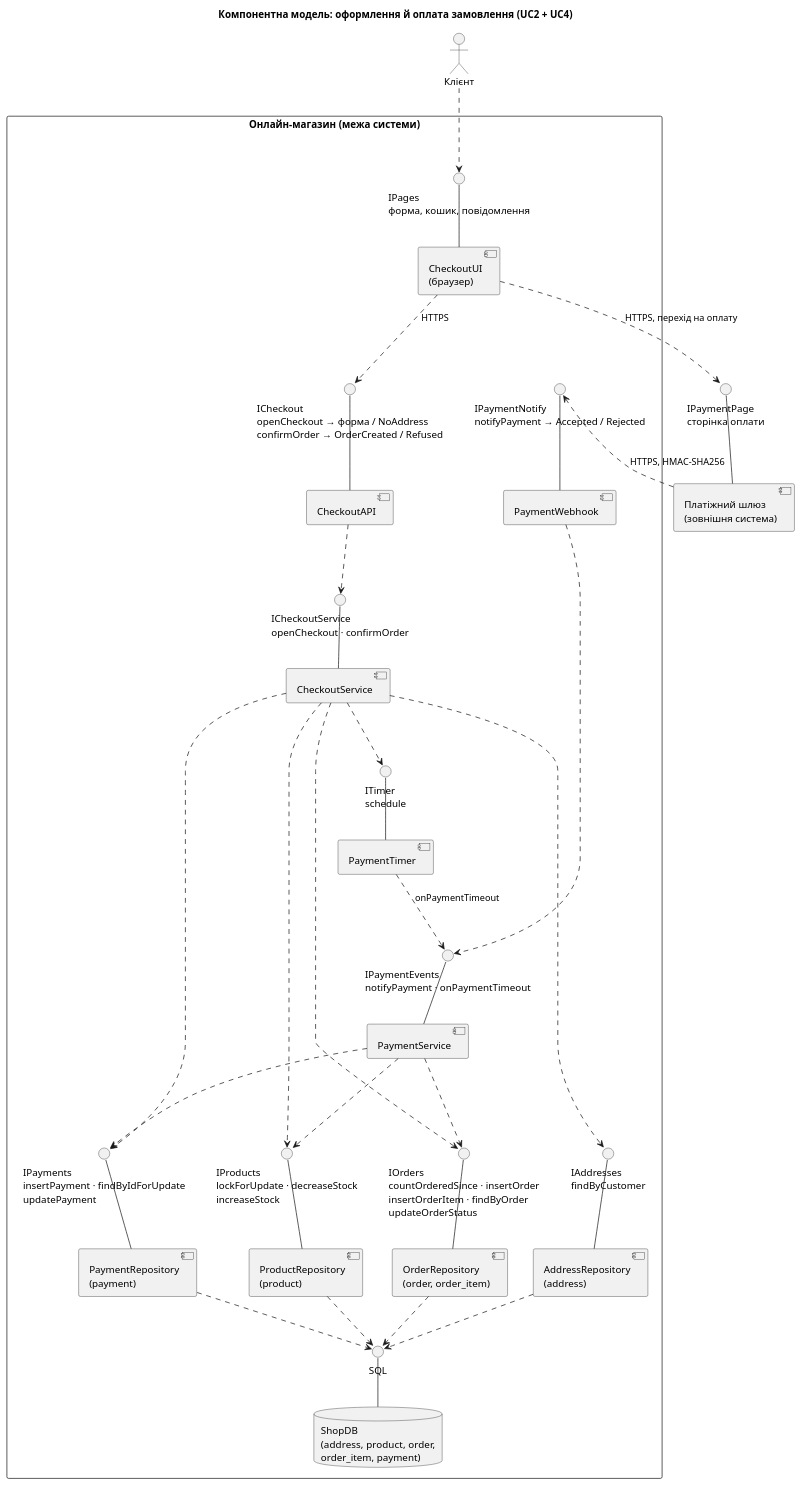
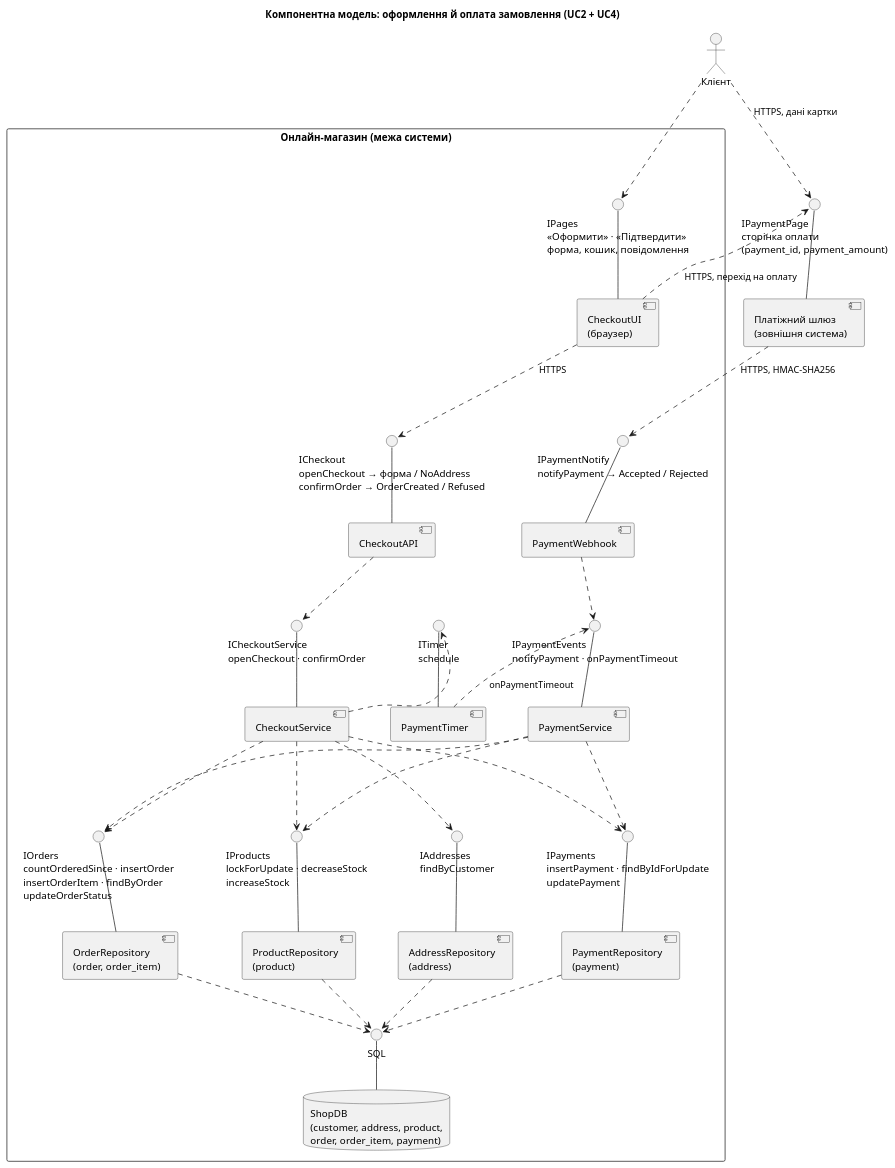
One commit to piximeow/KPI changed the diagram in lab5/diagrams/components.puml. Above: the diagram before and after it, drawn with PlantUML. The commit also changed 1 other file, not shown here.

Commit message:
lab5: діаграма після П2 - Клієнт -> сторінка оплати, операції IPages і IPaymentPage, customer у ShopDB, сервіси в один ряд

```diff
--- a/lab5/diagrams/components.puml
+++ b/lab5/diagrams/components.puml
@@ -1,77 +1,78 @@
 @startuml components
 title Компонентна модель: оформлення й оплата замовлення (UC2 + UC4)
 skinparam componentStyle uml2
-skinparam nodesep 30
+skinparam nodesep 60
 skinparam ranksep 45
 
 actor "Клієнт" as Client
 component "Платіжний шлюз\n(зовнішня система)" as GW
-interface "IPaymentPage\nсторінка оплати" as IPage
+interface "IPaymentPage\nсторінка оплати\n(payment_id, payment_amount)" as IPage
 GW -up- IPage
 
 rectangle "Онлайн-магазин (межа системи)" {
-  interface "IPages\nформа, кошик, повідомлення" as IPages
+  interface "IPages\n«Оформити» · «Підтвердити»\nформа, кошик, повідомлення" as IPages
   interface "ICheckout\nopenCheckout → форма / NoAddress\nconfirmOrder → OrderCreated / Refused" as ICheckout
   interface "IPaymentNotify\nnotifyPayment → Accepted / Rejected" as INotify
   interface "ICheckoutService\nopenCheckout · confirmOrder" as ICS
   interface "ITimer\nschedule" as ITimer
   interface "IPaymentEvents\nnotifyPayment · onPaymentTimeout" as IEvents
   interface "IAddresses\nfindByCustomer" as IAddresses
   interface "IProducts\nlockForUpdate · decreaseStock\nincreaseStock" as IProducts
   interface "IOrders\ncountOrderedSince · insertOrder\ninsertOrderItem · findByOrder\nupdateOrderStatus" as IOrders
   interface "IPayments\ninsertPayment · findByIdForUpdate\nupdatePayment" as IPayments
   interface "SQL" as ISQL
 
   component "CheckoutUI\n(браузер)" as UI
   component "CheckoutAPI" as CAPI
   component "PaymentWebhook" as WH
   component "CheckoutService" as CS
   component "PaymentTimer" as TM
   component "PaymentService" as PS
   component "AddressRepository\n(address)" as RA
   component "ProductRepository\n(product)" as RP
   component "OrderRepository\n(order, order_item)" as RO
   component "PaymentRepository\n(payment)" as RPay
-  database "ShopDB\n(address, product, order,\norder_item, payment)" as DB
+  database "ShopDB\n(customer, address, product,\norder, order_item, payment)" as DB
 
   UI -up- IPages
   CAPI -up- ICheckout
   WH -up- INotify
   CS -up- ICS
   TM -up- ITimer
   PS -up- IEvents
   RA -up- IAddresses
   RP -up- IProducts
   RO -up- IOrders
   RPay -up- IPayments
   DB -up- ISQL
 }
 
 Client ..> IPages
+Client ..> IPage : HTTPS, дані картки
 UI ..> ICheckout : HTTPS
 UI ..> IPage : HTTPS, перехід на оплату
 GW ..> INotify : HTTPS, HMAC-SHA256
 
 CAPI ..> ICS
-WH ..> IEvents
-CS ..> ITimer
-TM ..> IEvents : onPaymentTimeout
+WH .[norank].> IEvents
+CS .[norank].> ITimer
+TM .[norank].> IEvents : onPaymentTimeout
 
 CS ..> IAddresses
 CS ..> IProducts
 CS ..> IOrders
 CS ..> IPayments
 PS ..> IPayments
 PS ..> IOrders
 PS ..> IProducts
 
 RA ..> ISQL
 RP ..> ISQL
 RO ..> ISQL
 RPay ..> ISQL
 
 CAPI -[hidden]right- WH
 CS -[hidden]right- TM
 TM -[hidden]right- PS
 PS -[hidden]down- IAddresses
 @enduml
```
